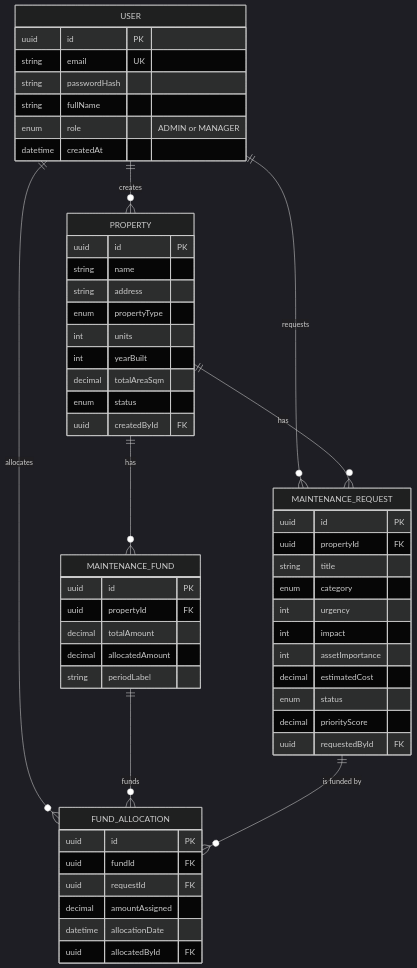
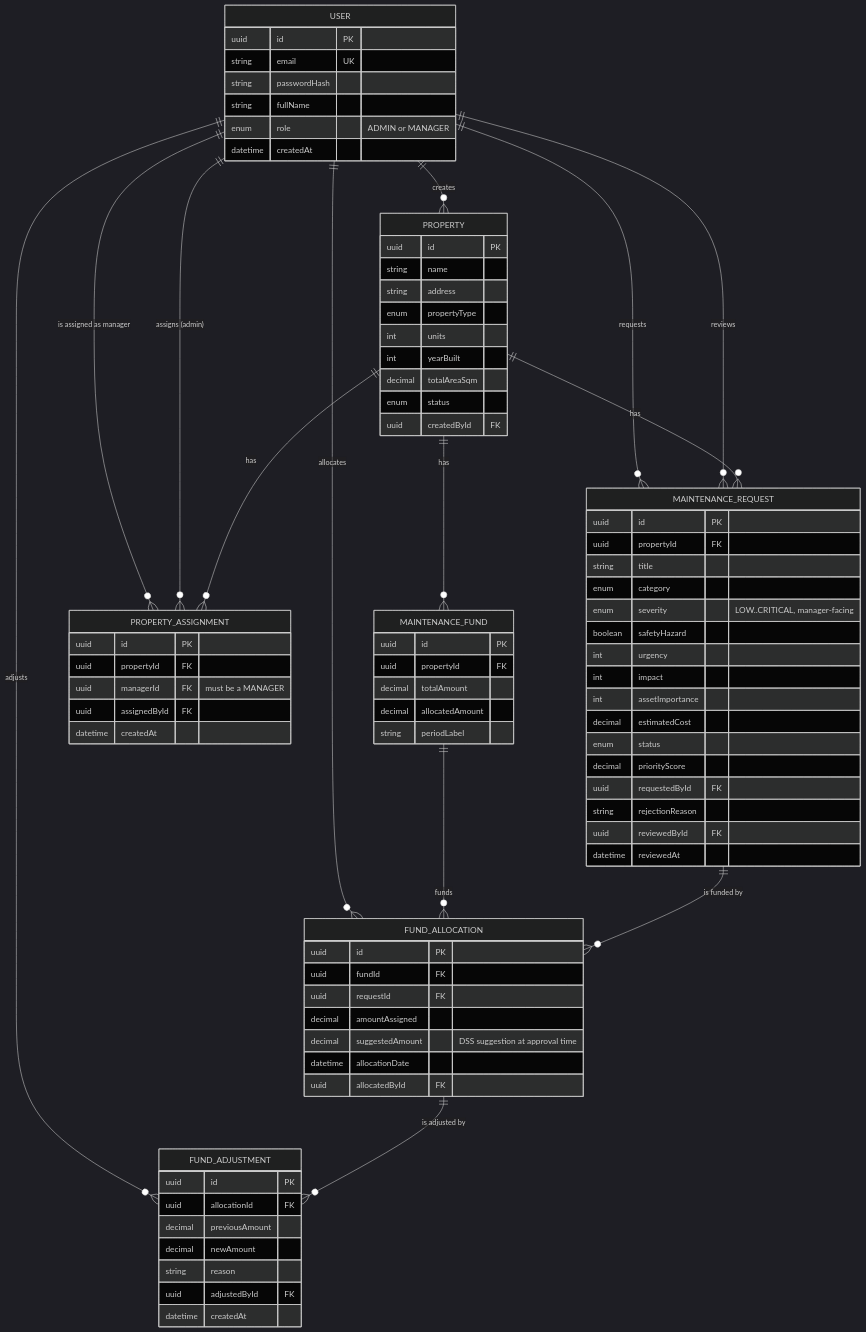
The third of 10 diagrams in docs/diagrams.md (Eseohenobhen/property-dss), drawn with Mermaid (dark theme) before and after one commit. The commit also changed other lines of this file and 19 other files, not shown here.

Commit message:
updated diagrams and images

````diff
--- a/docs/diagrams.md
+++ b/docs/diagrams.md
@@ -76,11 +89,17 @@
 erDiagram
   USER ||--o{ PROPERTY : "creates"
   USER ||--o{ MAINTENANCE_REQUEST : "requests"
+  USER ||--o{ MAINTENANCE_REQUEST : "reviews"
   USER ||--o{ FUND_ALLOCATION : "allocates"
+  USER ||--o{ FUND_ADJUSTMENT : "adjusts"
+  USER ||--o{ PROPERTY_ASSIGNMENT : "is assigned as manager"
+  USER ||--o{ PROPERTY_ASSIGNMENT : "assigns (admin)"
   PROPERTY ||--o{ MAINTENANCE_REQUEST : "has"
   PROPERTY ||--o{ MAINTENANCE_FUND : "has"
+  PROPERTY ||--o{ PROPERTY_ASSIGNMENT : "has"
   MAINTENANCE_FUND ||--o{ FUND_ALLOCATION : "funds"
   MAINTENANCE_REQUEST ||--o{ FUND_ALLOCATION : "is funded by"
+  FUND_ALLOCATION ||--o{ FUND_ADJUSTMENT : "is adjusted by"
 
   USER {
     uuid id PK
@@ -101,11 +120,20 @@
     enum status
     uuid createdById FK
   }
+  PROPERTY_ASSIGNMENT {
+    uuid id PK
+    uuid propertyId FK
+    uuid managerId FK "must be a MANAGER"
+    uuid assignedById FK
+    datetime createdAt
+  }
   MAINTENANCE_REQUEST {
     uuid id PK
     uuid propertyId FK
     string title
     enum category
+    enum severity "LOW..CRITICAL, manager-facing"
+    boolean safetyHazard
     int urgency
     int impact
     int assetImportance
@@ -113,6 +141,9 @@
     enum status
     decimal priorityScore
     uuid requestedById FK
+    string rejectionReason
+    uuid reviewedById FK
+    datetime reviewedAt
   }
   MAINTENANCE_FUND {
     uuid id PK
@@ -126,7 +157,17 @@
     uuid fundId FK
     uuid requestId FK
     decimal amountAssigned
+    decimal suggestedAmount "DSS suggestion at approval time"
     datetime allocationDate
     uuid allocatedById FK
   }
+  FUND_ADJUSTMENT {
+    uuid id PK
+    uuid allocationId FK
+    decimal previousAmount
+    decimal newAmount
+    string reason
+    uuid adjustedById FK
+    datetime createdAt
+  }
 ```
````
